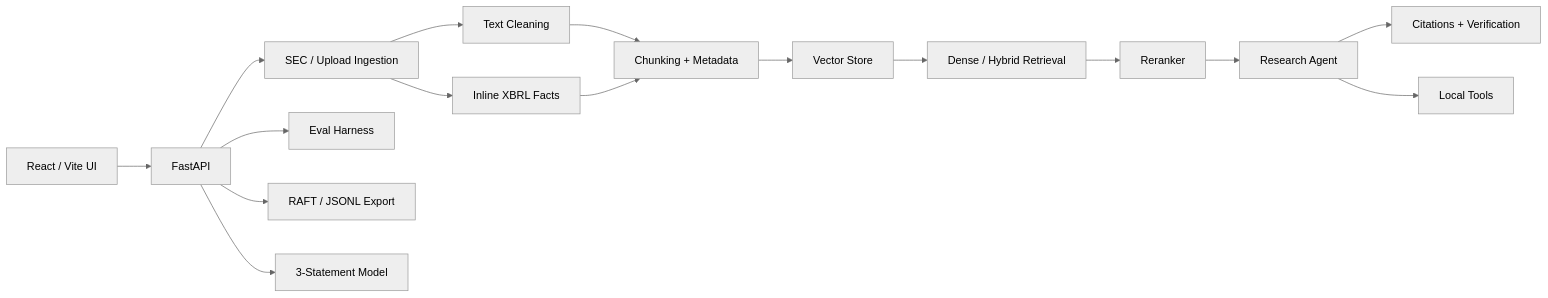
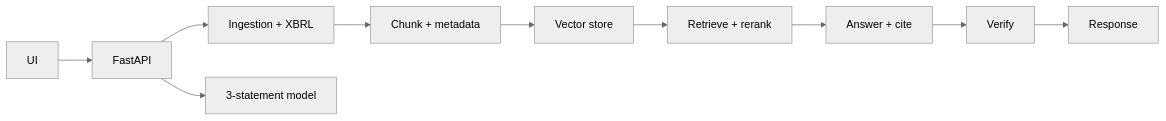
Before and after one commit to ianfigueroa/FinLLM: the diagram in README.md, drawn with Mermaid (neutral theme). The commit also changed other lines of this file, not shown here.

````diff
--- a/README.md
+++ b/README.md
@@ -22,18 +18,12 @@
 ```mermaid
 flowchart LR
-    UI["React / Vite UI"] --> API["FastAPI"]
-    API --> ING["SEC / Upload Ingestion"]
-    ING --> XBRL["Inline XBRL Facts"]
-    ING --> CLEAN["Text Cleaning"]
-    CLEAN --> CHUNK["Chunking + Metadata"]
-    XBRL --> CHUNK
-    CHUNK --> STORE["Vector Store"]
-    STORE --> RET["Dense / Hybrid Retrieval"]
-    RET --> RERANK["Reranker"]
-    RERANK --> AGENT["Research Agent"]
-    AGENT --> CITE["Citations + Verification"]
-    AGENT --> TOOLS["Local Tools"]
-    API --> EVAL["Eval Harness"]
-    API --> RAFT["RAFT / JSONL Export"]
-    API --> MODEL["3-Statement Model"]
+    UI[UI] --> API[FastAPI]
+    API --> ING[Ingestion + XBRL]
+    ING --> CHUNK[Chunk + metadata]
+    CHUNK --> STORE[Vector store]
+    STORE --> RET[Retrieve + rerank]
+    RET --> AG[Answer + cite]
+    AG --> V[Verify]
+    V --> OUT[Response]
+    API --> MODEL[3-statement model]
 ```
````
